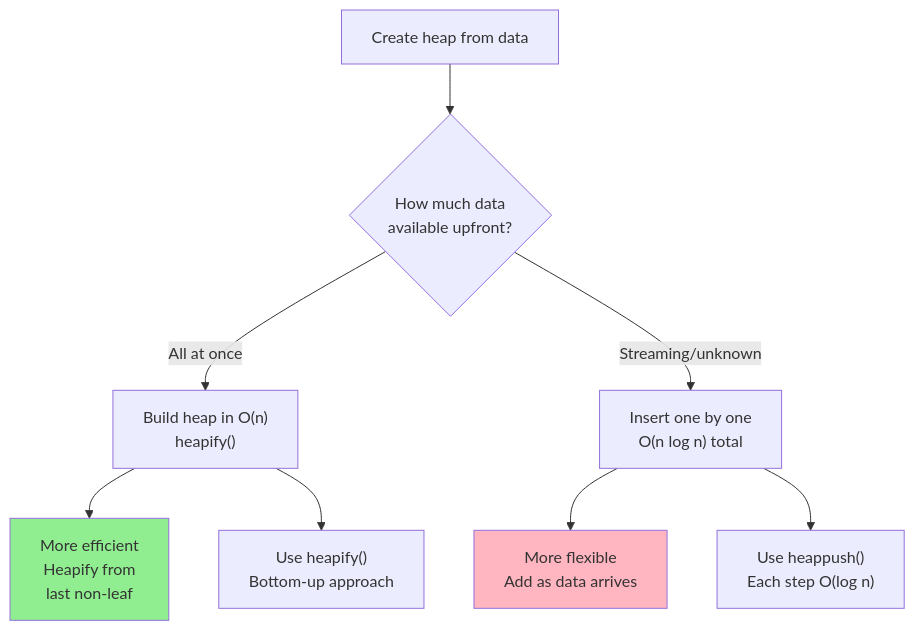
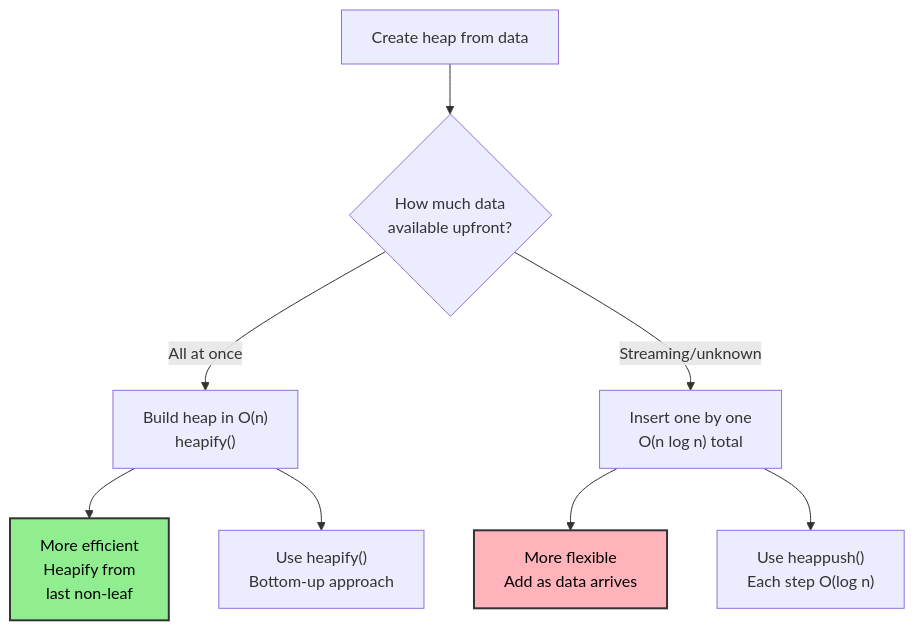
The second of 3 diagrams in docs/advanced/heap.md (souradeepta/interviewprep), drawn with Mermaid before and after one commit. The commit also changed other lines of this file and 31 other files, not shown here.

Commit message:
updated graphs

````diff
--- a/docs/advanced/heap.md
+++ b/docs/advanced/heap.md
@@ -50,16 +50,16 @@
 ```mermaid
 graph TD
     A["Create heap from data"] --> B{"How much data<br/>available upfront?"}
     
     B -->|All at once| C["Build heap in O(n)<br/>heapify()"]
     B -->|Streaming/unknown| D["Insert one by one<br/>O(n log n) total"]
     
     C --> E["More efficient<br/>Heapify from<br/>last non-leaf"]
     D --> F["More flexible<br/>Add as data arrives"]
     
     C --> G["Use heapify()<br/>Bottom-up approach"]
     D --> H["Use heappush()<br/>Each step O(log n)"]
     
-    style E fill:#90EE90
-    style F fill:#FFB6C1
+    style E fill:#90ee90,color:#000,stroke:#333,stroke-width:2px
+    style F fill:#ffb3ba,color:#000,stroke:#333,stroke-width:2px
 ```
````
